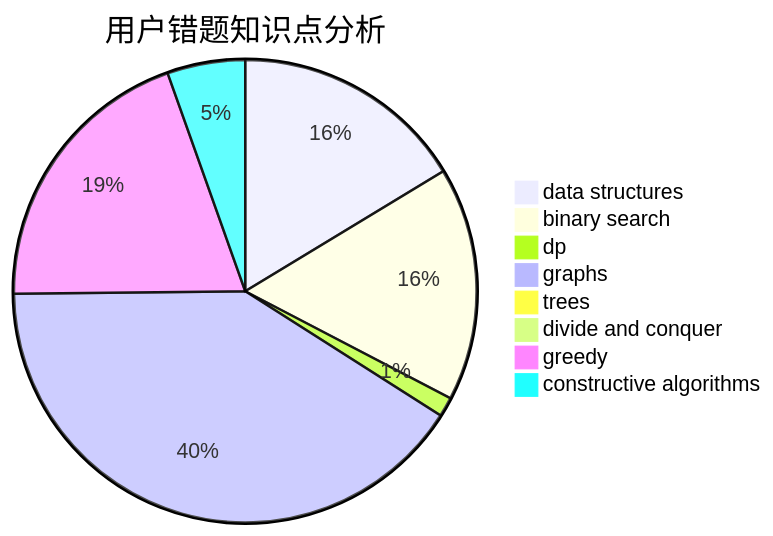
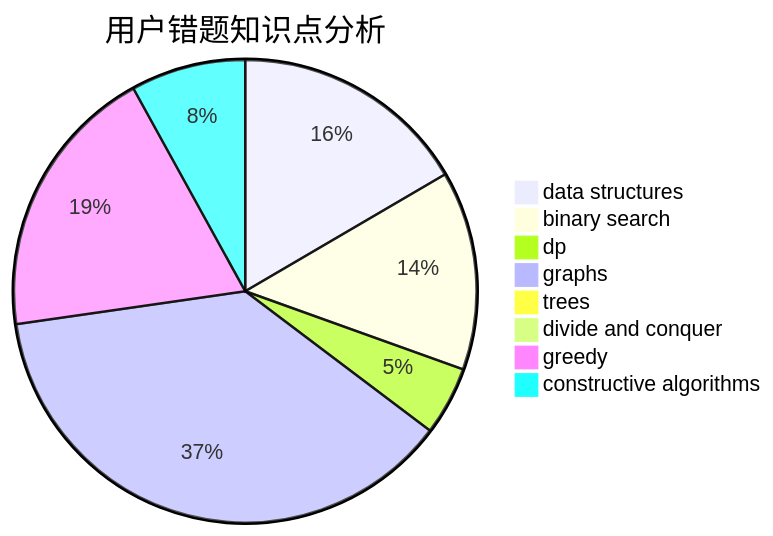
Before and after one commit to sherpahu/cfrs.github.io: the third of 3 diagrams in docs/user/u959.md, drawn with Mermaid. The commit also changed other lines of this file and 2770 other files, not shown here.

````diff
--- a/docs/user/u959.md
+++ b/docs/user/u959.md
@@ -36,11 +36,11 @@
 ```mermaid
 pie title 用户错题知识点分析
-    "data structures" :  24
-    "binary search" :  24
-    "dp" :  2
-    "graphs" :  60
+    "data structures" :  31
+    "binary search" :  26
+    "dp" :  9
+    "graphs" :  70
     "trees" :  1
     "divide and conquer" :  1
-    "greedy" :  29
-    "constructive algorithms" :  8
+    "greedy" :  36
+    "constructive algorithms" :  15
 ```
````
